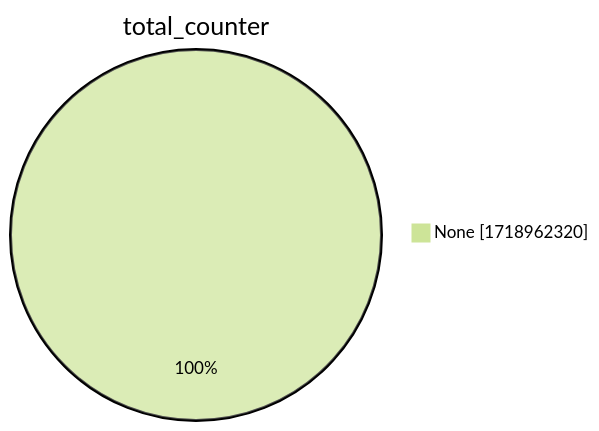
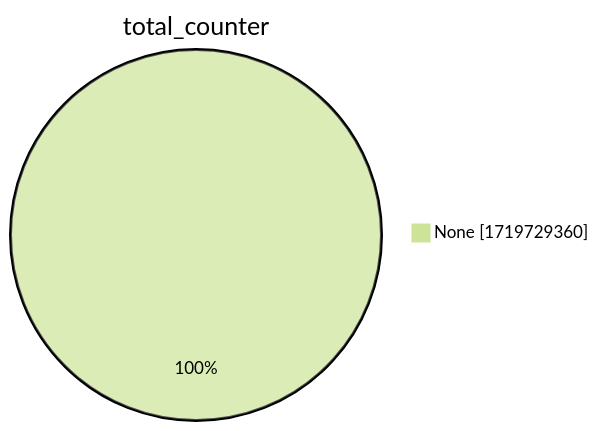
One commit to christiankrug/ctmonitor_visualization changed the second of 15 diagrams in xenon2022/README.md. Above: the diagram before and after it, drawn with Mermaid (forest theme). The commit also changed other lines of this file, not shown here.

````diff
--- a/xenon2022/README.md
+++ b/xenon2022/README.md
@@ -9,5 +9,5 @@
 ```mermaid
 pie showData
 title total_counter
-"None" :1718962320
+"None" :1719729360
 ```
````
